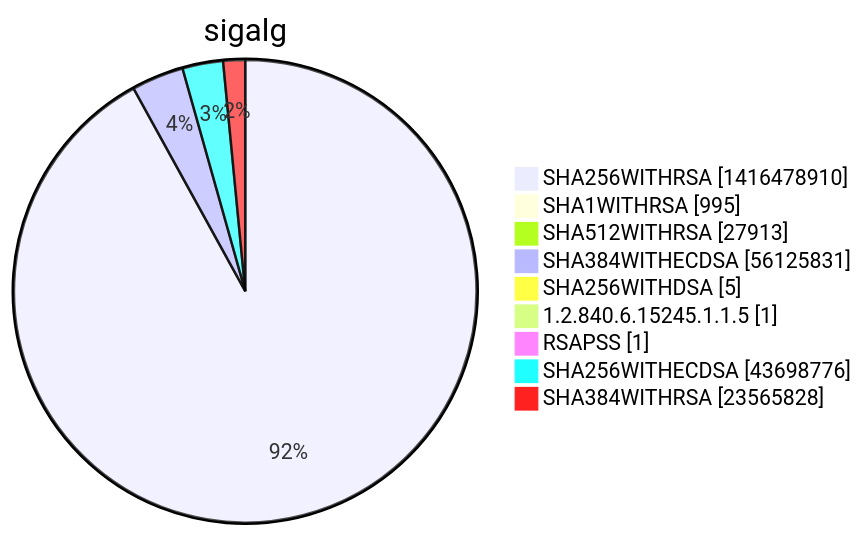
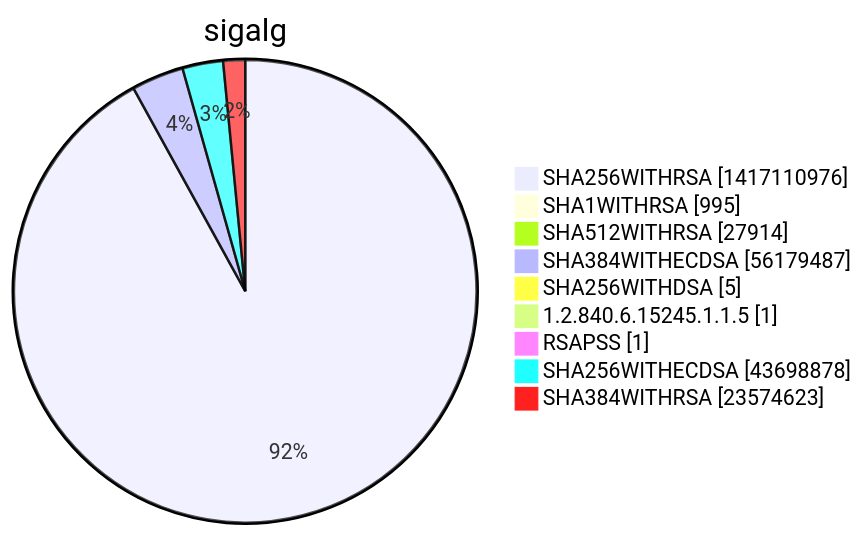
Diagram 15 of 15 in xenon2022/README.md (christiankrug/ctmonitor_visualization), drawn with Mermaid before and after one commit. The commit also changed other lines of this file, not shown here.

````diff
--- a/xenon2022/README.md
+++ b/xenon2022/README.md
@@ -5858,13 +5858,13 @@
 ```mermaid
 pie showData
 title sigalg
-"SHA256WITHRSA" :1416478910
+"SHA256WITHRSA" :1417110976
 "SHA1WITHRSA" :995
-"SHA512WITHRSA" :27913
-"SHA384WITHECDSA" :56125831
+"SHA512WITHRSA" :27914
+"SHA384WITHECDSA" :56179487
 "SHA256WITHDSA" :5
 "1.2.840.6.15245.1.1.5" :1
 "RSAPSS" :1
-"SHA256WITHECDSA" :43698776
-"SHA384WITHRSA" :23565828
+"SHA256WITHECDSA" :43698878
+"SHA384WITHRSA" :23574623
 ```
````
